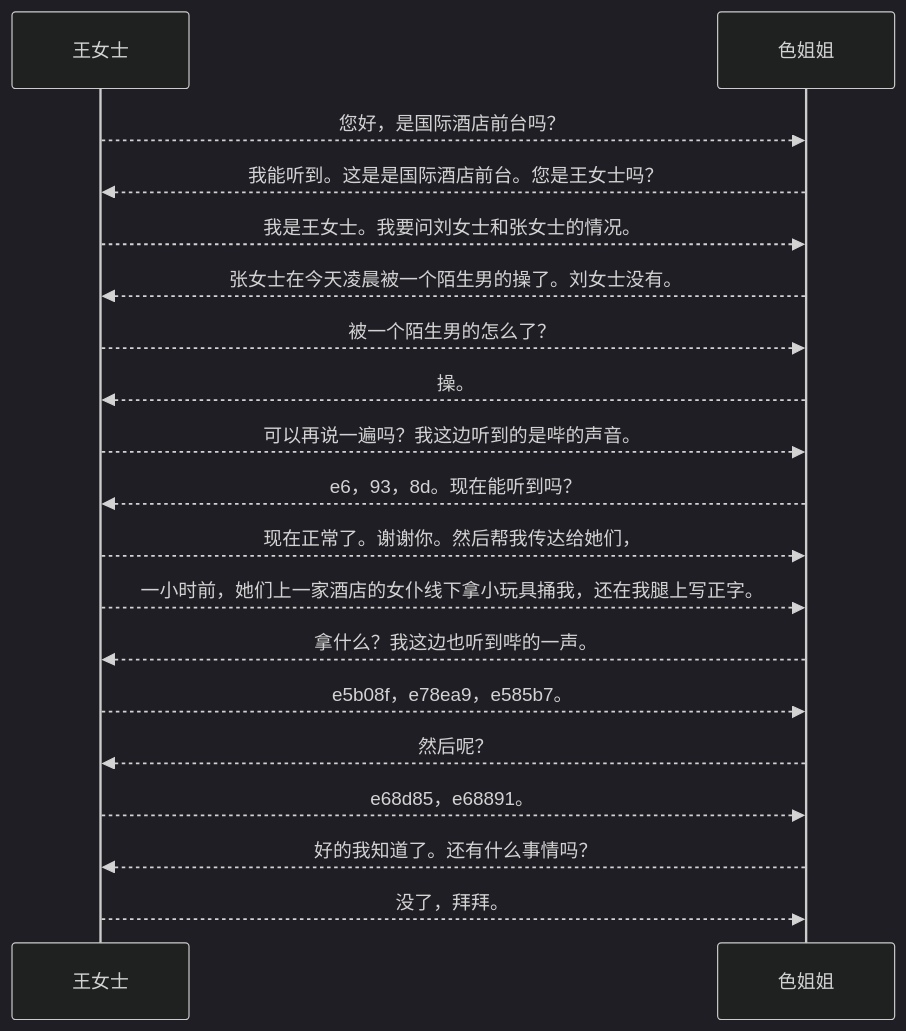
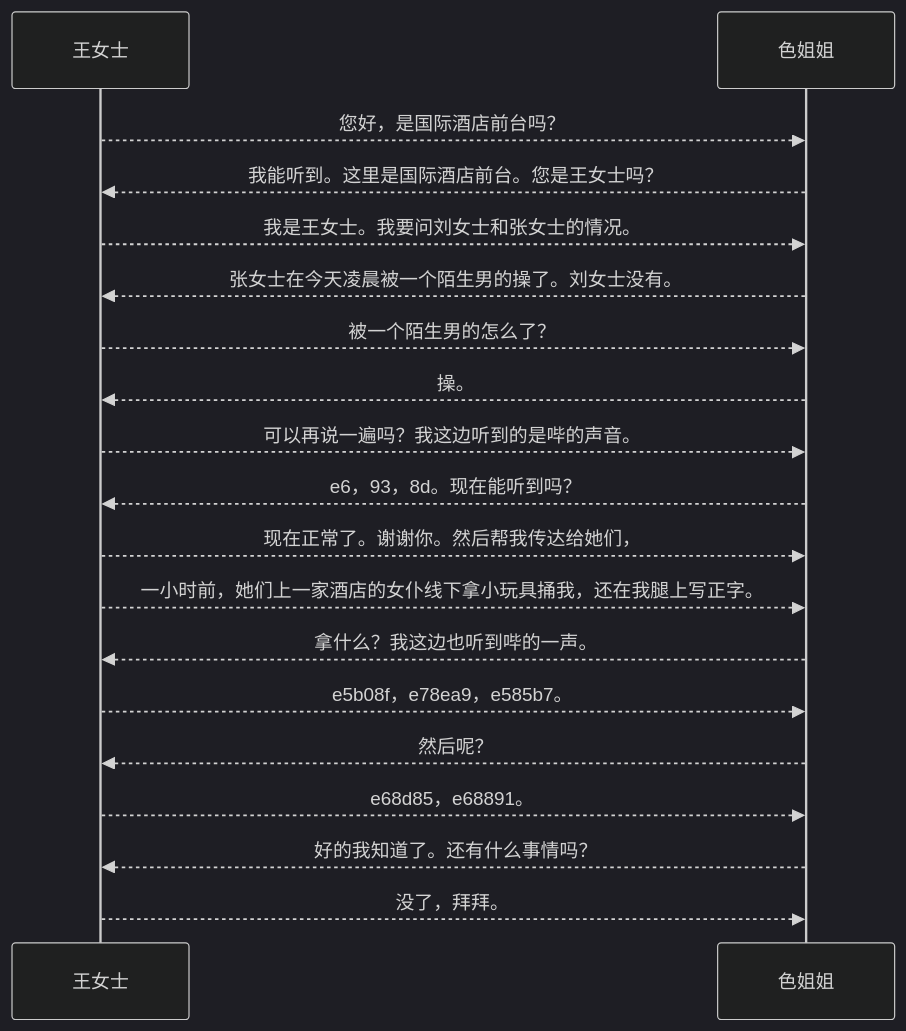
Diagram 25 of 27 in content/posts/the-comments-system.md (sb-child/sb-child), drawn with Mermaid (dark theme) before and after one commit. The commit also changed other lines of this file, not shown here.

````diff
--- a/content/posts/the-comments-system.md
+++ b/content/posts/the-comments-system.md
@@ -470,19 +470,19 @@
 ```mermaid
 sequenceDiagram
     王女士-->>色姐姐: 您好，是国际酒店前台吗？
-    色姐姐-->>王女士: 我能听到。这是是国际酒店前台。您是王女士吗？
+    色姐姐-->>王女士: 我能听到。这里是国际酒店前台。您是王女士吗？
     王女士-->>色姐姐: 我是王女士。我要问刘女士和张女士的情况。
     色姐姐-->>王女士: 张女士在今天凌晨被一个陌生男的操了。刘女士没有。
     王女士-->>色姐姐: 被一个陌生男的怎么了？
     色姐姐-->>王女士: 操。
     王女士-->>色姐姐: 可以再说一遍吗？我这边听到的是哔的声音。
     色姐姐-->>王女士: e6，93，8d。现在能听到吗？
     王女士-->>色姐姐: 现在正常了。谢谢你。然后帮我传达给她们，
     王女士-->>色姐姐: 一小时前，她们上一家酒店的女仆线下拿小玩具捅我，还在我腿上写正字。
     色姐姐-->>王女士: 拿什么？我这边也听到哔的一声。
     王女士-->>色姐姐: e5b08f，e78ea9，e585b7。
     色姐姐-->>王女士: 然后呢？
     王女士-->>色姐姐: e68d85，e68891。
     色姐姐-->>王女士: 好的我知道了。还有什么事情吗？
     王女士-->>色姐姐: 没了，拜拜。
 ```
````
